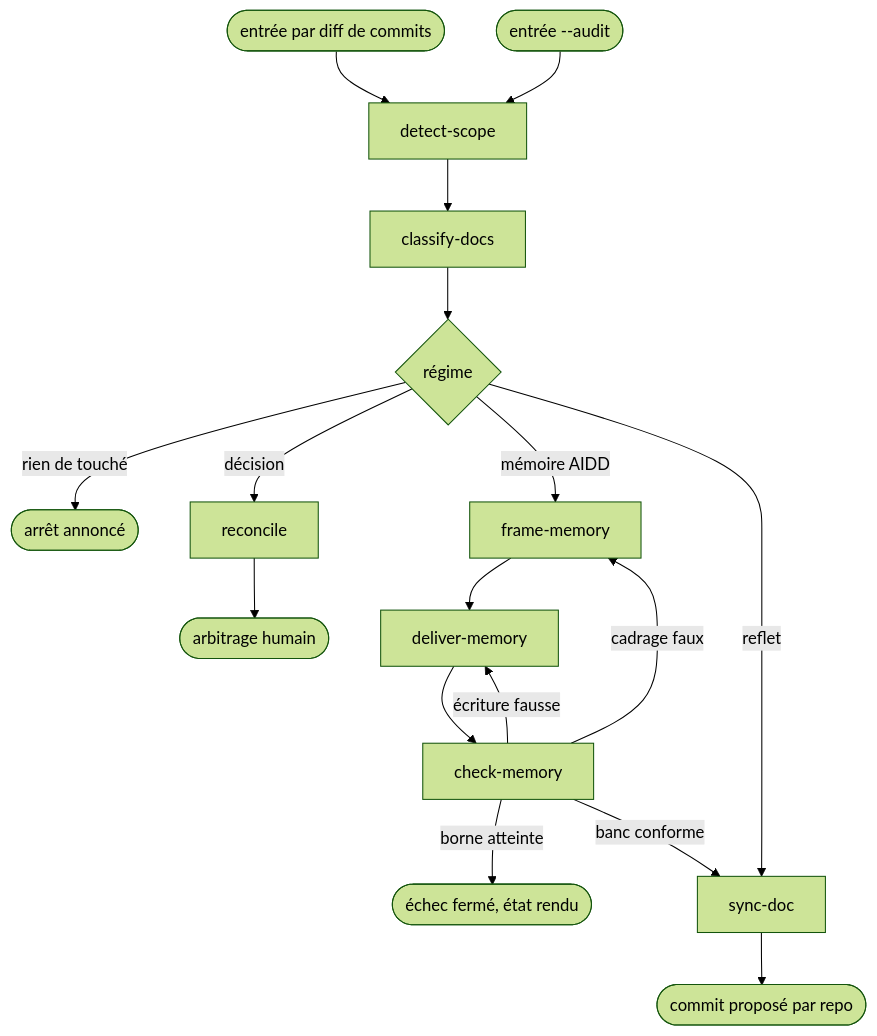
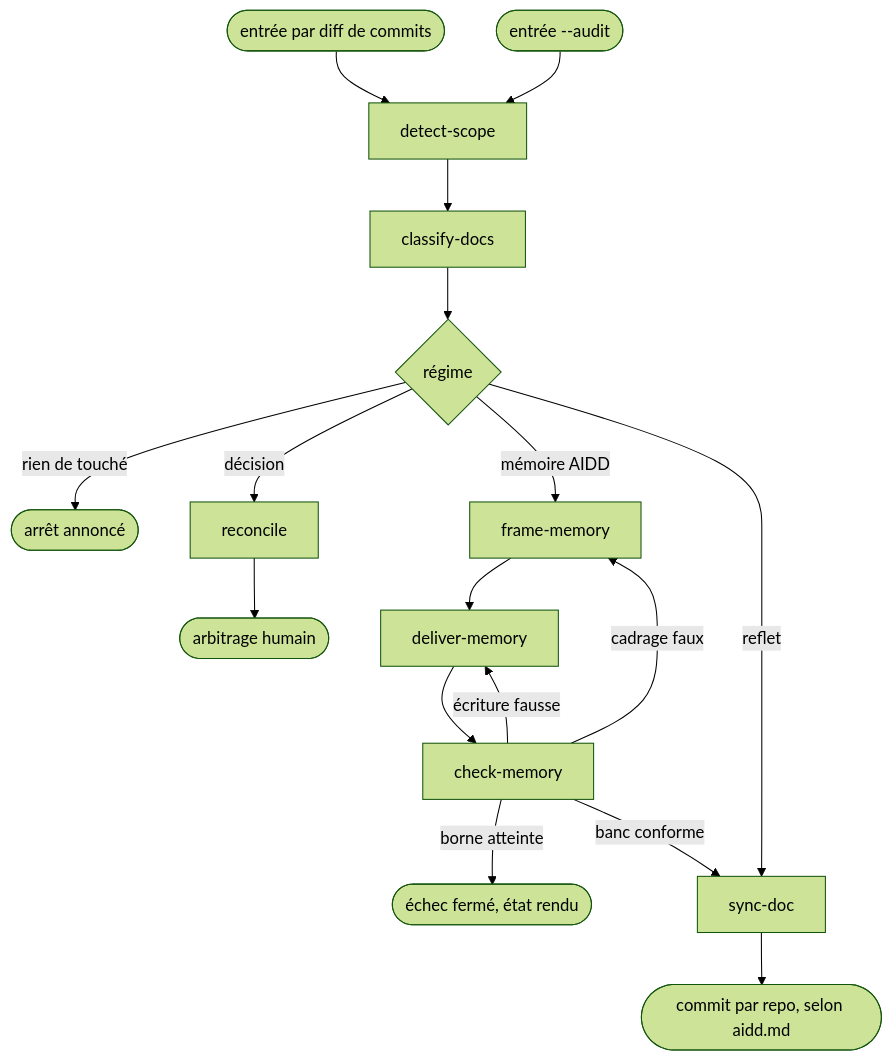
One commit to kevpdev/agent-config changed the diagram in skills/doc-sync/SKILL.md. Above: the diagram before and after it, drawn with Mermaid (forest theme). The commit also changed other lines of this file and 2 other files, not shown here.

Commit message:
feat(doc-sync): apply targeted doc edits without per-document approval

````diff
--- a/skills/doc-sync/SKILL.md
+++ b/skills/doc-sync/SKILL.md
@@ -11,19 +11,19 @@
 ```mermaid
 flowchart TD
   diff([entrée par diff de commits]) --> scope[detect-scope]
   audit([entrée --audit]) --> scope
   scope --> classify[classify-docs]
   classify --> regime{régime}
   regime -->|rien de touché| arret([arrêt annoncé])
   regime -->|décision| reconcile[reconcile]
   reconcile --> arbitrage([arbitrage humain])
   regime -->|mémoire AIDD| frame[frame-memory]
   frame --> deliver[deliver-memory]
   deliver --> check[check-memory]
   check -->|cadrage faux| frame
   check -->|écriture fausse| deliver
   check -->|borne atteinte| ferme([échec fermé, état rendu])
   check -->|banc conforme| sync[sync-doc]
   regime -->|reflet| sync
-  sync --> commit([commit proposé par repo])
+  sync --> commit([commit par repo, selon aidd.md])
 ```
````
